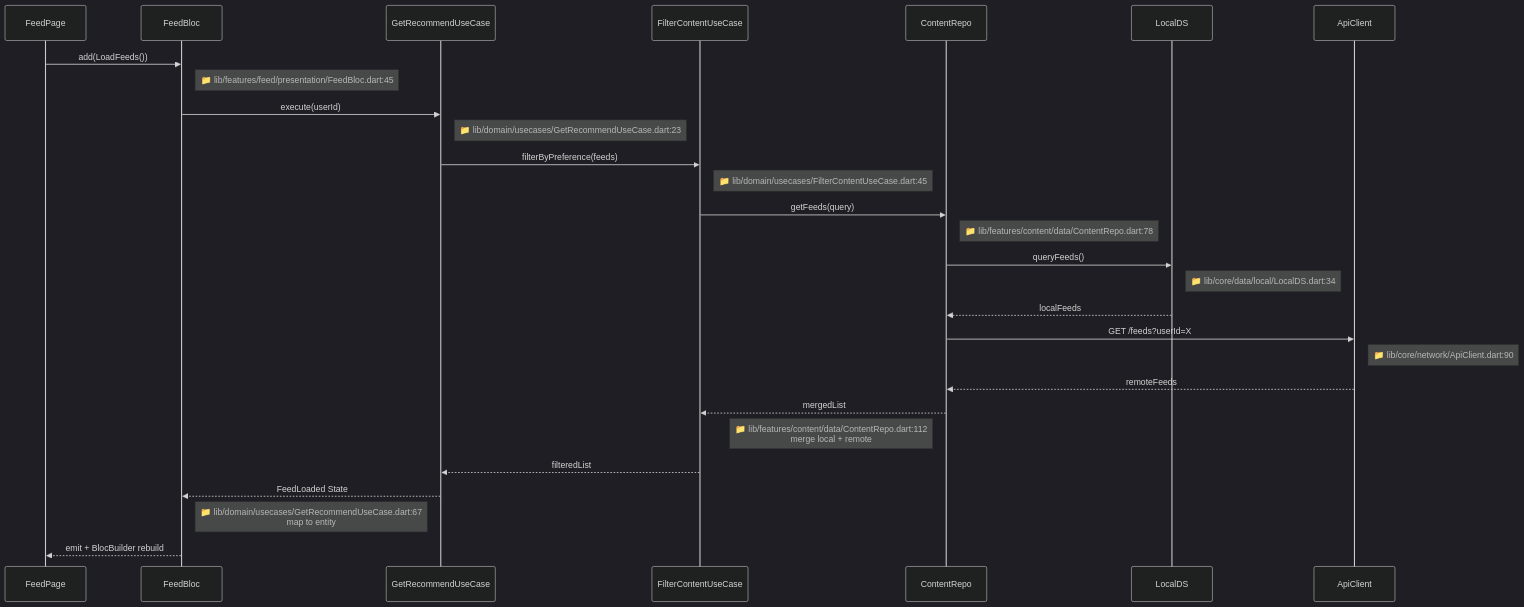
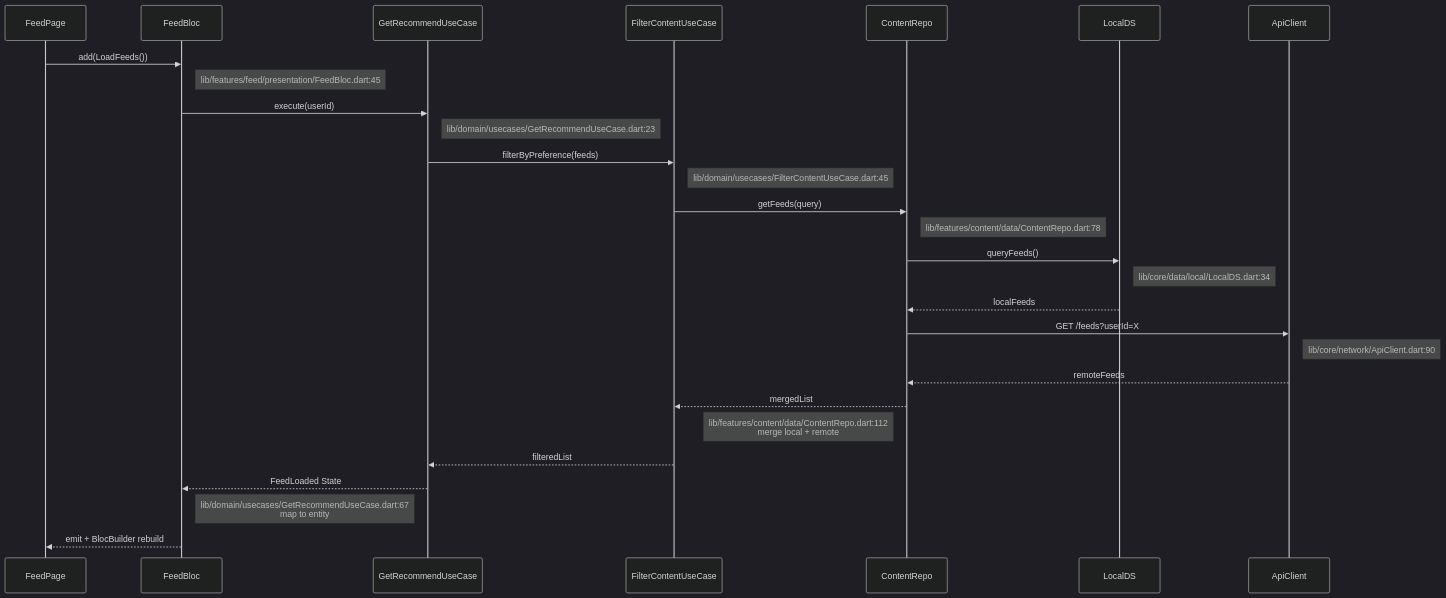
Before and after one commit to CaostGrace/project-arch-reverse: the third of 6 diagrams in references/flutter-template.md, drawn with Mermaid (dark theme). The commit also changed other lines of this file and 10 other files, not shown here.

Commit message:
fix: 修复 12.1 流程图 Mermaid 渲染问题 - 结构重组+节点引号+形状修复

````diff
--- a/references/flutter-template.md
+++ b/references/flutter-template.md
@@ -281,31 +296,31 @@
 ```mermaid
 sequenceDiagram
     participant UI as FeedPage
     participant Bloc as FeedBloc
     participant UC_Get as GetRecommendUseCase
     participant UC_Filter as FilterContentUseCase
     participant Repo as ContentRepo
     participant Local as LocalDS
     participant Remote as ApiClient
 
     UI->>Bloc: add(LoadFeeds())
-    Note right of Bloc: 📁 lib/features/feed/presentation/FeedBloc.dart:45
+    Note right of Bloc:  lib/features/feed/presentation/FeedBloc.dart:45
     Bloc->>UC_Get: execute(userId)
-    Note right of UC_Get: 📁 lib/domain/usecases/GetRecommendUseCase.dart:23
+    Note right of UC_Get:  lib/domain/usecases/GetRecommendUseCase.dart:23
     UC_Get->>UC_Filter: filterByPreference(feeds)
-    Note right of UC_Filter: 📁 lib/domain/usecases/FilterContentUseCase.dart:45
+    Note right of UC_Filter:  lib/domain/usecases/FilterContentUseCase.dart:45
     UC_Filter->>Repo: getFeeds(query)
-    Note right of Repo: 📁 lib/features/content/data/ContentRepo.dart:78
+    Note right of Repo:  lib/features/content/data/ContentRepo.dart:78
     Repo->>Local: queryFeeds()
-    Note right of Local: 📁 lib/core/data/local/LocalDS.dart:34
+    Note right of Local:  lib/core/data/local/LocalDS.dart:34
     Local-->>Repo: localFeeds
     Repo->>Remote: GET /feeds?userId=X
-    Note right of Remote: 📁 lib/core/network/ApiClient.dart:90
+    Note right of Remote:  lib/core/network/ApiClient.dart:90
     Remote-->>Repo: remoteFeeds
     Repo-->>UC_Filter: mergedList
-    Note left of Repo: 📁 lib/features/content/data/ContentRepo.dart:112<br/>merge local + remote
+    Note left of Repo:  lib/features/content/data/ContentRepo.dart:112<br>merge local + remote
     UC_Filter-->>UC_Get: filteredList
     UC_Get-->>Bloc: FeedLoaded State
-    Note left of UC_Get: 📁 lib/domain/usecases/GetRecommendUseCase.dart:67<br/>map to entity
+    Note left of UC_Get:  lib/domain/usecases/GetRecommendUseCase.dart:67<br>map to entity
     Bloc-->>UI: emit + BlocBuilder rebuild
 ```
````
